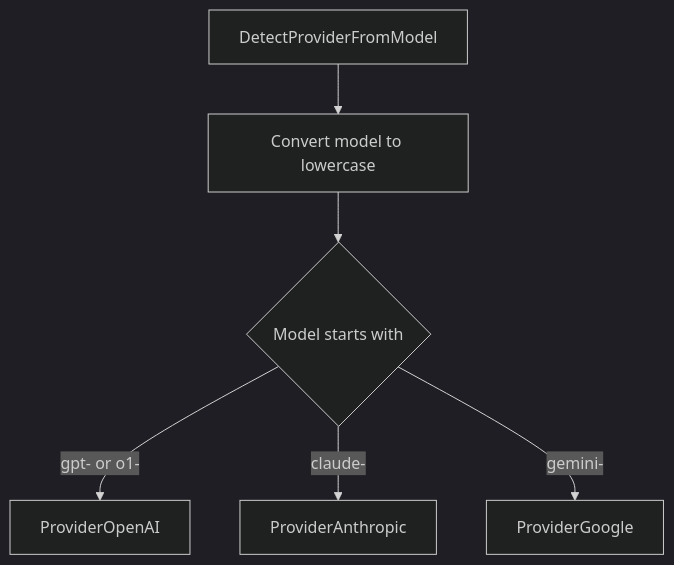
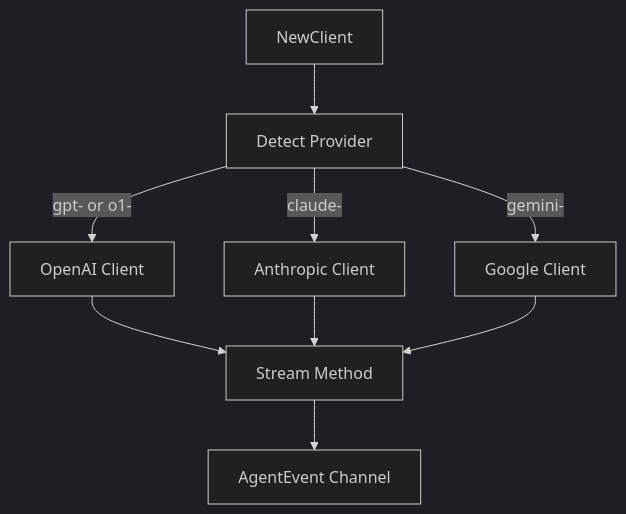
Before and after one commit to radch-ai/ava: the first of 2 diagrams in docs/llm.md, drawn with Mermaid (dark theme). The commit also changed other lines of this file and 11 other files, not shown here.

````diff
--- a/docs/llm.md
+++ b/docs/llm.md
@@ -28,8 +7,13 @@
 ```mermaid
 flowchart TB
-    Detect[DetectProviderFromModel] --> Lower["Convert model to lowercase"]
-    Lower --> Check{Model starts with}
-    Check -->|gpt- or o1-| OpenAI["ProviderOpenAI"]
-    Check -->|claude-| Anthropic["ProviderAnthropic"]
-    Check -->|gemini-| Google["ProviderGoogle"]
+    New[NewClient] --> Provider[Detect Provider]
+    Provider -->|gpt- or o1-| OpenAI[OpenAI Client]
+    Provider -->|claude-| Anthropic[Anthropic Client]
+    Provider -->|gemini-| Google[Google Client]
+
+    OpenAI --> Stream[Stream Method]
+    Anthropic --> Stream
+    Google --> Stream
+
+    Stream --> Events[AgentEvent Channel]
 ```
````
